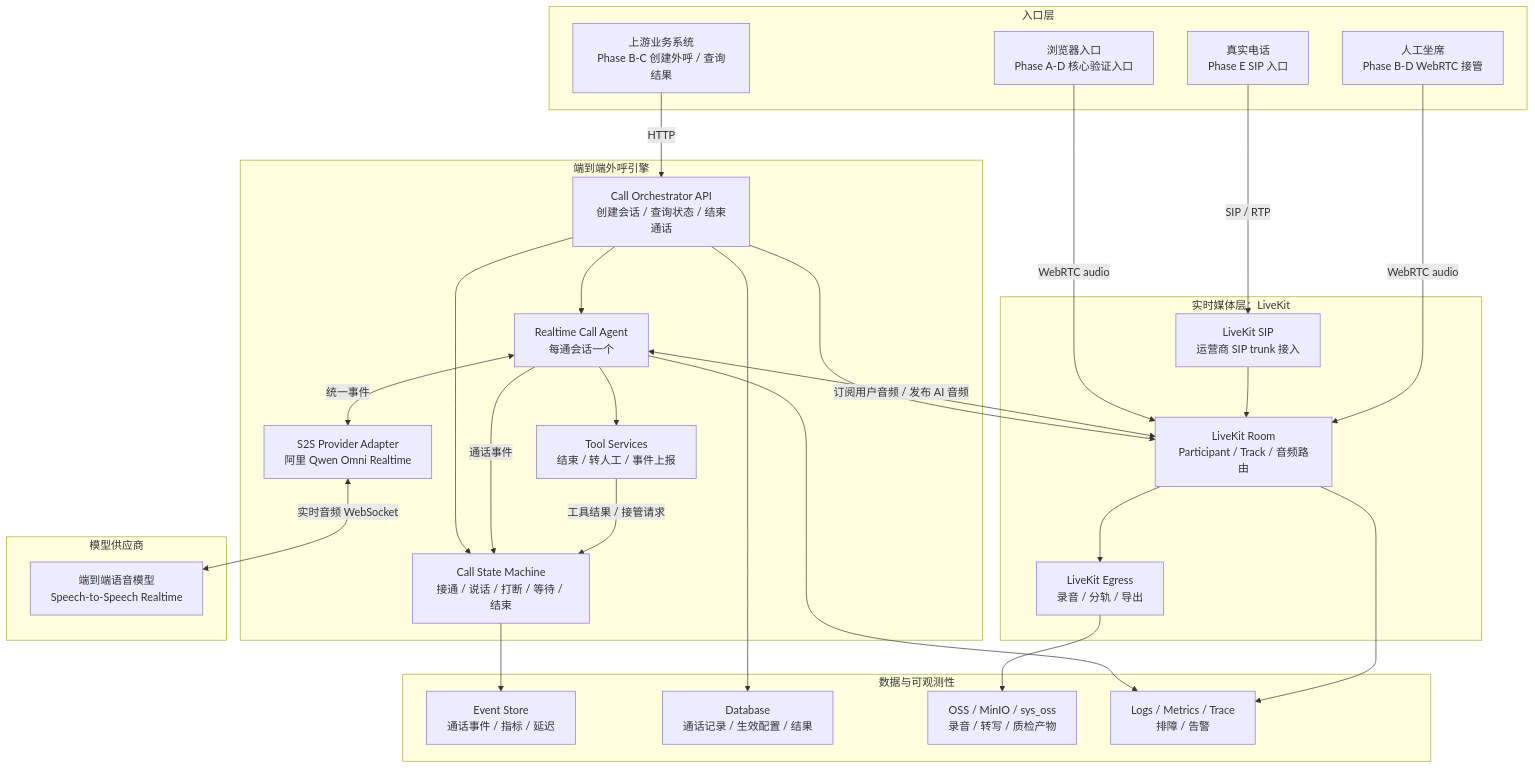
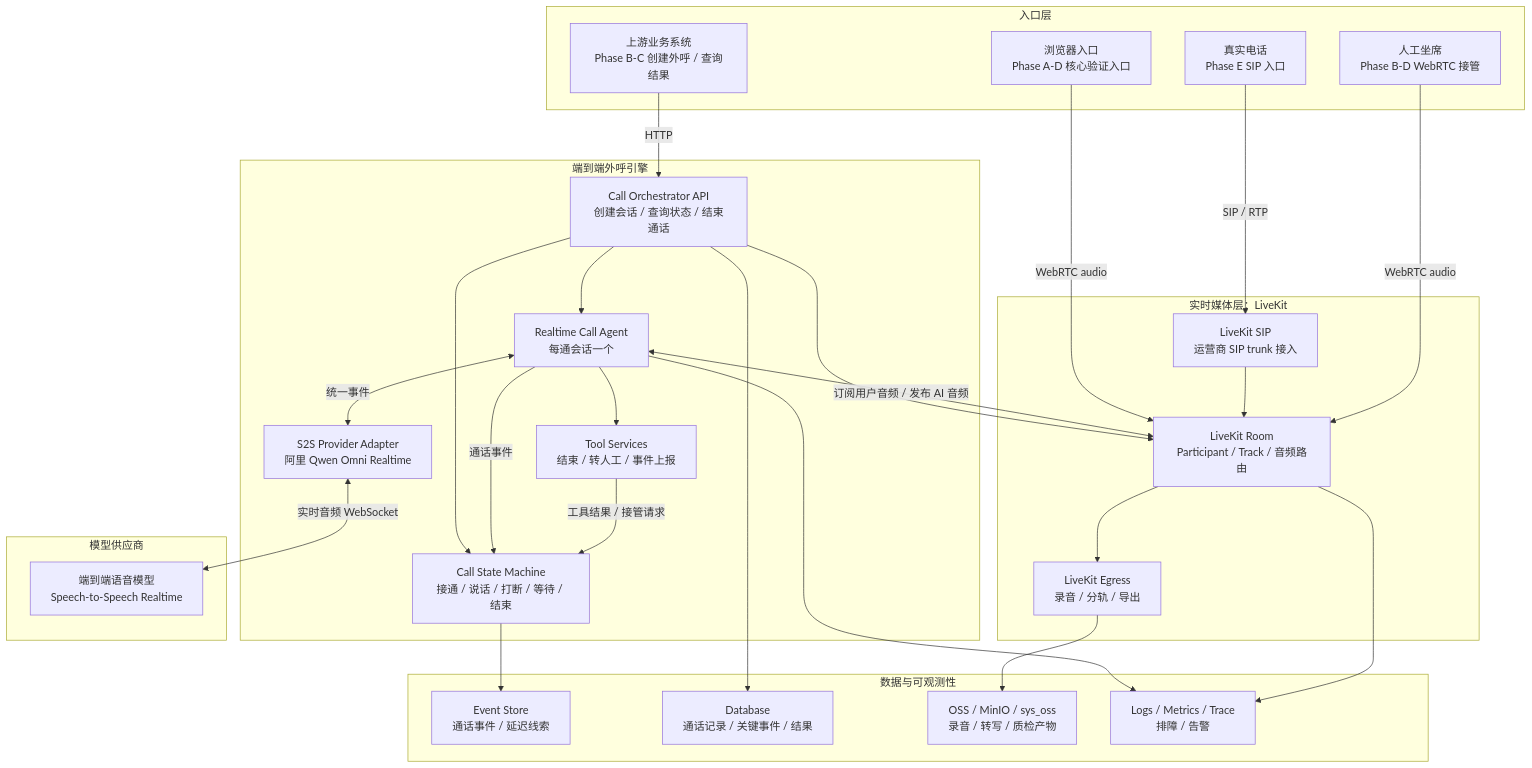
The diagram in docs/livekit-ai-outbound/OUTLINE.md (tianzhenkun/ai-call), drawn with Mermaid before and after one commit. The commit also changed other lines of this file and 10 other files, not shown here.

Commit message:
feat: stabilize phase a realtime call flow

````diff
--- a/docs/livekit-ai-outbound/OUTLINE.md
+++ b/docs/livekit-ai-outbound/OUTLINE.md
@@ -93,58 +93,58 @@
 ```mermaid
 flowchart TB
   subgraph Entry["入口层"]
     Browser["浏览器入口<br/>Phase A-D 核心验证入口"]
     Biz["上游业务系统<br/>Phase B-C 创建外呼 / 查询结果"]
     Seat["人工坐席<br/>Phase B-D WebRTC 接管"]
     Phone["真实电话<br/>Phase E SIP 入口"]
   end
 
   subgraph RTC["实时媒体层：LiveKit"]
     Room["LiveKit Room<br/>Participant / Track / 音频路由"]
     SIP["LiveKit SIP<br/>运营商 SIP trunk 接入"]
     Egress["LiveKit Egress<br/>录音 / 分轨 / 导出"]
   end
 
   subgraph Engine["端到端外呼引擎"]
     API["Call Orchestrator API<br/>创建会话 / 查询状态 / 结束通话"]
     State["Call State Machine<br/>接通 / 说话 / 打断 / 等待 / 结束"]
     Agent["Realtime Call Agent<br/>每通会话一个"]
     Adapter["S2S Provider Adapter<br/>阿里 Qwen Omni Realtime"]
     Tools["Tool Services<br/>结束 / 转人工 / 事件上报"]
   end
 
   subgraph Model["模型供应商"]
     S2S["端到端语音模型<br/>Speech-to-Speech Realtime"]
   end
 
   subgraph Store["数据与可观测性"]
-    Events["Event Store<br/>通话事件 / 指标 / 延迟"]
-    DB["Database<br/>通话记录 / 生效配置 / 结果"]
+    Events["Event Store<br/>通话事件 / 延迟线索"]
+    DB["Database<br/>通话记录 / 关键事件 / 结果"]
     Files["OSS / MinIO / sys_oss<br/>录音 / 转写 / 质检产物"]
     Metrics["Logs / Metrics / Trace<br/>排障 / 告警"]
   end
 
   Browser -->|"WebRTC audio"| Room
   Phone -->|"SIP / RTP"| SIP
   SIP --> Room
   Seat -->|"WebRTC audio"| Room
 
   Biz -->|"HTTP"| API
   API --> Room
   API --> Agent
   API --> State
 
   Agent <-->|"订阅用户音频 / 发布 AI 音频"| Room
   Agent <-->|"统一事件"| Adapter
   Adapter <-->|"实时音频 WebSocket"| S2S
   Agent -->|"通话事件"| State
   Agent --> Tools
   Tools -->|"工具结果 / 接管请求"| State
 
   Room --> Egress
   Egress --> Files
   State --> Events
   API --> DB
   Agent --> Metrics
   Room --> Metrics
 ```
````
